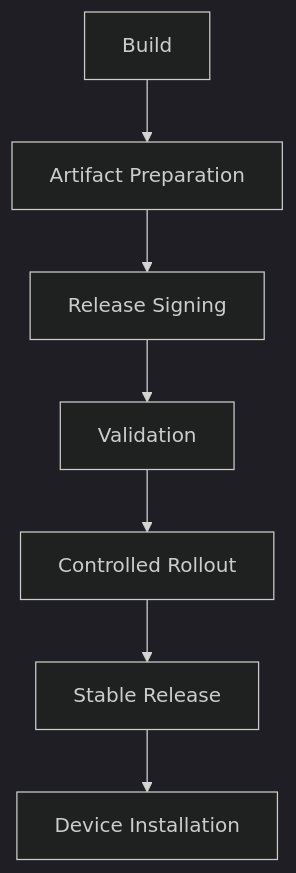
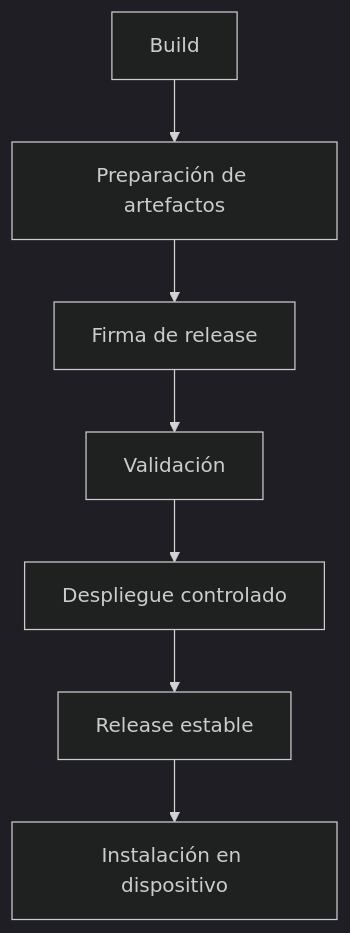
One commit to enigm-llc/docs changed the diagram in es/os/ota-architecture.mdx. Above: the diagram before and after it, drawn with Mermaid (dark theme). The commit also changed other lines of this file and 43 other files, not shown here.

````diff
--- a/es/os/ota-architecture.mdx
+++ b/es/os/ota-architecture.mdx
@@ -37,12 +37,12 @@
 ```mermaid
 flowchart TD
   Build["Build"]
-  Prep["Artifact Preparation"]
-  Signing["Release Signing"]
-  Validation["Validation"]
-  Rollout["Controlled Rollout"]
-  Stable["Stable Release"]
-  Install["Device Installation"]
+  Prep["Preparación de artefactos"]
+  Signing["Firma de release"]
+  Validation["Validación"]
+  Rollout["Despliegue controlado"]
+  Stable["Release estable"]
+  Install["Instalación en dispositivo"]
 
   Build --> Prep --> Signing --> Validation --> Rollout --> Stable --> Install
 ```
````
